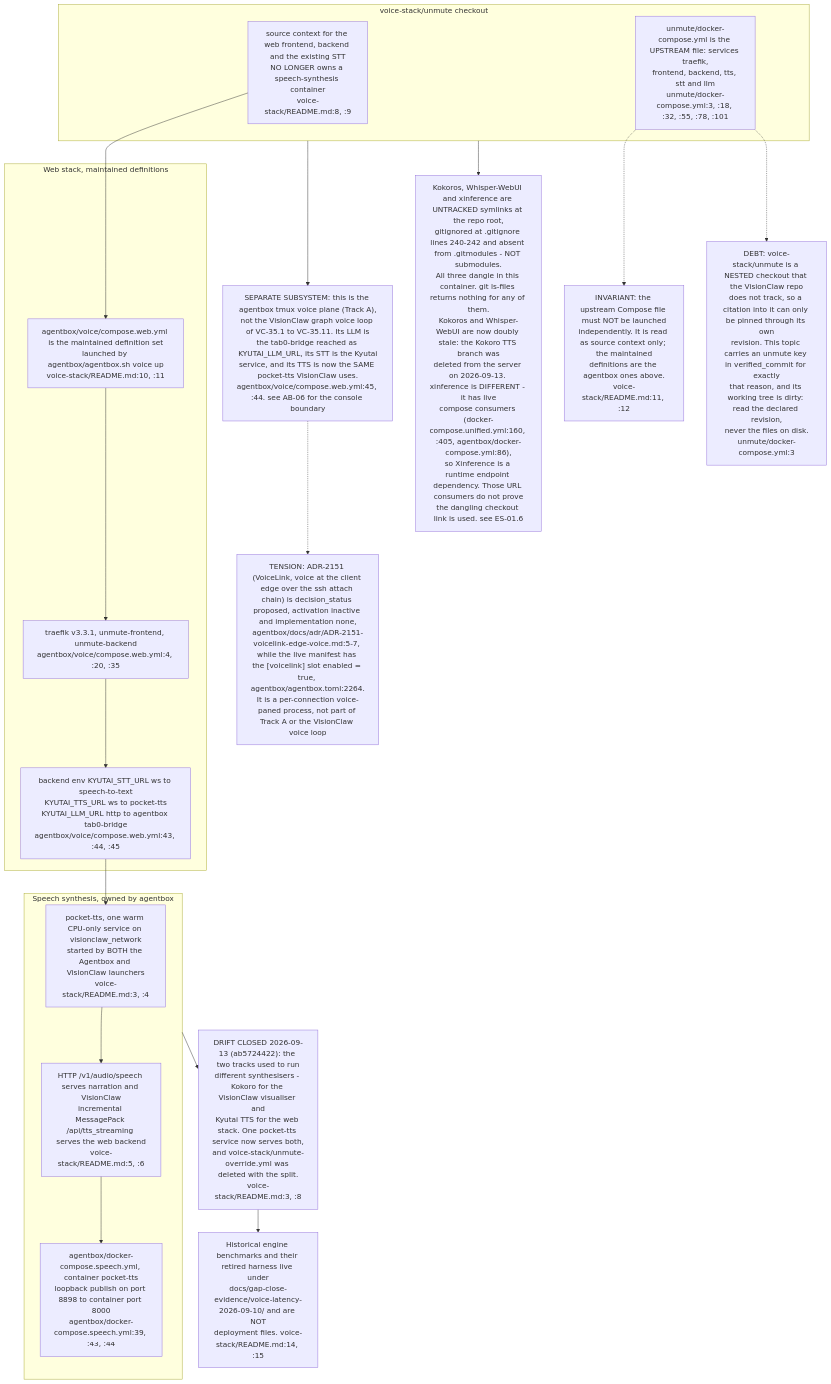
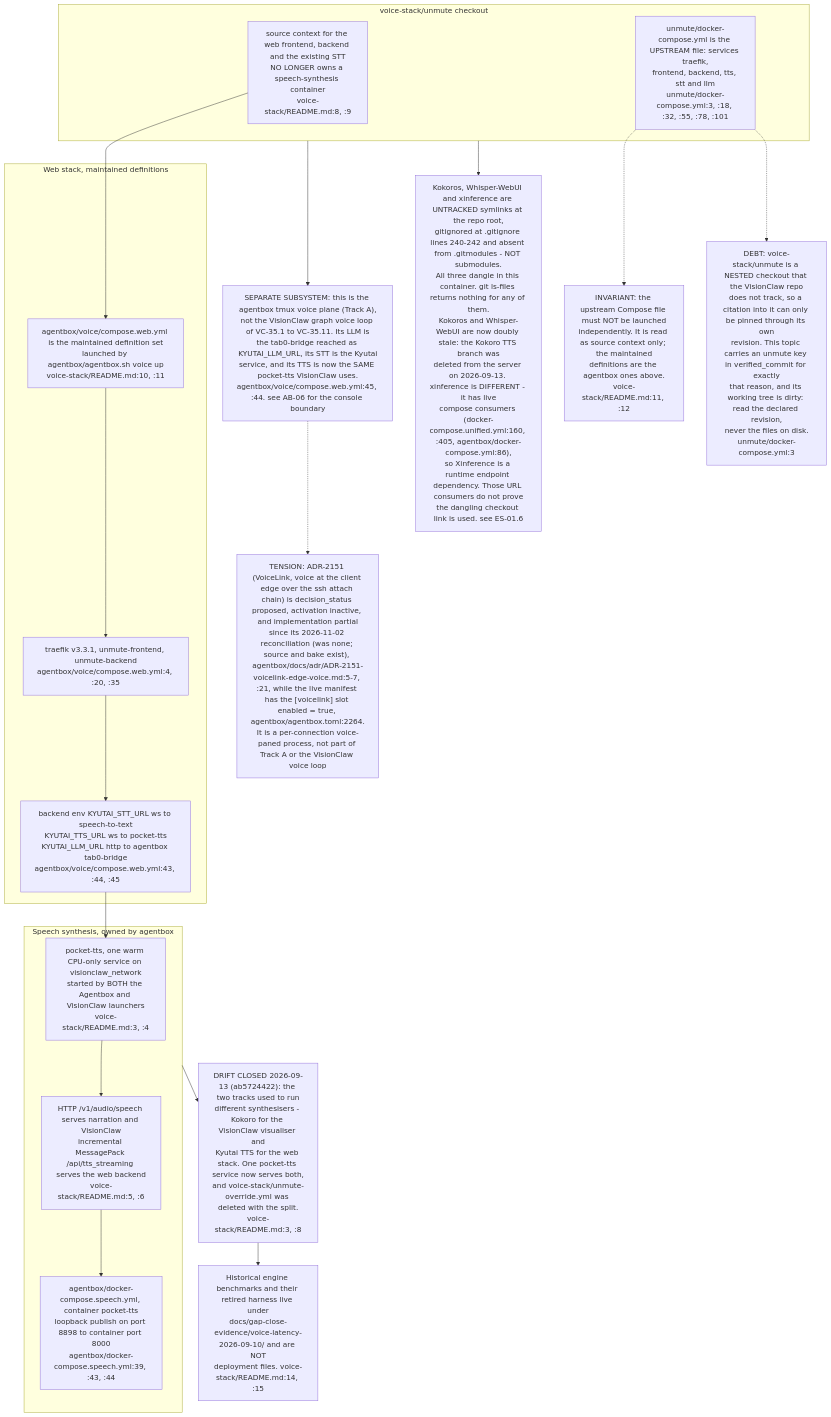
The tenth of 12 diagrams in docs/diagrams/visionclaw/35-voice-end-to-end.md (DreamLab-AI/VisionFlow), drawn with Mermaid before and after one commit. The commit also changed other lines of this file and 2 other files, not shown here.

Commit message:
docs(diagrams): ES-01, VC-28, VC-35 — ADR-2151 partial, re-stamp agentbox at 5cffdd1
Records ADR-2151's implementation_status none -> partial (2026-11-02
reconciliation) as a change; the proposed/inactive-vs-enabled-manifest tension
stands. ES-01 also follows the agentbox solid-pod-rs pin to 0.5.0-alpha.19 at
c27cdfed. VisionClaw keys unchanged: no cited VisionClaw file moved.

````diff
--- a/docs/diagrams/visionclaw/35-voice-end-to-end.md
+++ b/docs/diagrams/visionclaw/35-voice-end-to-end.md
@@ -524,35 +524,35 @@
 ```mermaid
 flowchart TB
     subgraph owned["Speech synthesis, owned by agentbox"]
         P1["pocket-tts, one warm CPU-only service on visionclaw_network<br/>started by BOTH the Agentbox and VisionClaw launchers<br/>voice-stack/README.md:3, :4"]
         P2["HTTP /v1/audio/speech serves narration and VisionClaw<br/>incremental MessagePack /api/tts_streaming serves the web backend<br/>voice-stack/README.md:5, :6"]
         P3["agentbox/docker-compose.speech.yml, container pocket-tts<br/>loopback publish on port 8898 to container port 8000<br/>agentbox/docker-compose.speech.yml:39, :43, :44"]
     end
     subgraph web["Web stack, maintained definitions"]
         W1["agentbox/voice/compose.web.yml is the maintained definition set<br/>launched by agentbox/agentbox.sh voice up<br/>voice-stack/README.md:10, :11"]
         W2["traefik v3.3.1, unmute-frontend, unmute-backend<br/>agentbox/voice/compose.web.yml:4, :20, :35"]
         W3["backend env KYUTAI_STT_URL ws to speech-to-text<br/>KYUTAI_TTS_URL ws to pocket-tts<br/>KYUTAI_LLM_URL http to agentbox tab0-bridge<br/>agentbox/voice/compose.web.yml:43, :44, :45"]
     end
     subgraph legacy["voice-stack/unmute checkout"]
         U1["source context for the web frontend, backend and the existing STT<br/>NO LONGER owns a speech-synthesis container<br/>voice-stack/README.md:8, :9"]
         U2["unmute/docker-compose.yml is the UPSTREAM file: services traefik,<br/>frontend, backend, tts, stt and llm<br/>unmute/docker-compose.yml:3, :18, :32, :55, :78, :101"]
     end
     P1 --> P2 --> P3
     W1 --> W2 --> W3
     W3 --> P1
     U1 --> W1
     U2 -.-> INV
     INV["INVARIANT: the upstream Compose file must NOT be launched<br/>independently. It is read as source context only; the maintained<br/>definitions are the agentbox ones above.<br/>voice-stack/README.md:11, :12"]
     U2 -.-> UNPIN
     UNPIN["DEBT: voice-stack/unmute is a NESTED checkout that the VisionClaw repo<br/>does not track, so a citation into it can only be pinned through its own<br/>revision. This topic carries an unmute key in verified_commit for exactly<br/>that reason, and its working tree is dirty: read the declared revision,<br/>never the files on disk.<br/>unmute/docker-compose.yml:3"]
     legacy --> SEP
-    VL["TENSION: ADR-2151 (VoiceLink, voice at the client edge over the ssh attach chain) is decision_status proposed, activation inactive and implementation none,<br/>agentbox/docs/adr/ADR-2151-voicelink-edge-voice.md:5-7, while the live manifest has the [voicelink] slot enabled = true, agentbox/agentbox.toml:2264.<br/>It is a per-connection voice-paned process, not part of Track A or the VisionClaw voice loop"]
+    VL["TENSION: ADR-2151 (VoiceLink, voice at the client edge over the ssh attach chain) is decision_status proposed, activation inactive, and implementation partial<br/>since its 2026-11-02 reconciliation (was none; source and bake exist), agentbox/docs/adr/ADR-2151-voicelink-edge-voice.md:5-7, :21, while the live manifest has the [voicelink] slot enabled = true, agentbox/agentbox.toml:2264.<br/>It is a per-connection voice-paned process, not part of Track A or the VisionClaw voice loop"]
     SEP -.-> VL
     SEP["SEPARATE SUBSYSTEM: this is the agentbox tmux voice plane (Track A),<br/>not the VisionClaw graph voice loop of VC-35.1 to VC-35.11. Its LLM is<br/>the tab0-bridge reached as KYUTAI_LLM_URL, its STT is the Kyutai<br/>service, and its TTS is now the SAME pocket-tts VisionClaw uses.<br/>agentbox/voice/compose.web.yml:45, :44. see AB-06 for the console boundary"]
     owned --> CONV
     CONV["DRIFT CLOSED 2026-09-13 (ab5724422): the two tracks used to run<br/>different synthesisers - Kokoro for the VisionClaw visualiser and<br/>Kyutai TTS for the web stack. One pocket-tts service now serves both,<br/>and voice-stack/unmute-override.yml was deleted with the split.<br/>voice-stack/README.md:3, :8"]
     DIV["Kokoros, Whisper-WebUI and xinference are UNTRACKED symlinks at the repo root,<br/>gitignored at .gitignore lines 240-242 and absent from .gitmodules - NOT submodules.<br/>All three dangle in this container. git ls-files returns nothing for any of them.<br/>Kokoros and Whisper-WebUI are now doubly stale: the Kokoro TTS branch was<br/>deleted from the server on 2026-09-13. xinference is DIFFERENT - it has live<br/>compose consumers (docker-compose.unified.yml:160, :405, agentbox/docker-compose.yml:86),<br/>so Xinference is a runtime endpoint dependency. Those URL consumers do not prove<br/>the dangling checkout link is used. see ES-01.6"]
     legacy --> DIV
     HIST["Historical engine benchmarks and their retired harness live under<br/>docs/gap-close-evidence/voice-latency-2026-09-10/ and are NOT<br/>deployment files. voice-stack/README.md:14, :15"]
     CONV --> HIST
 ```
````
